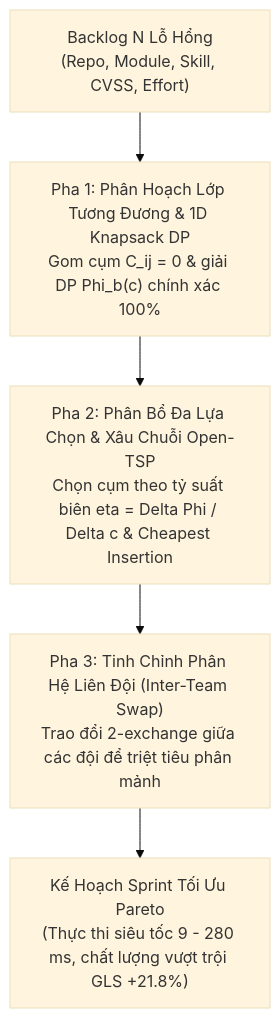
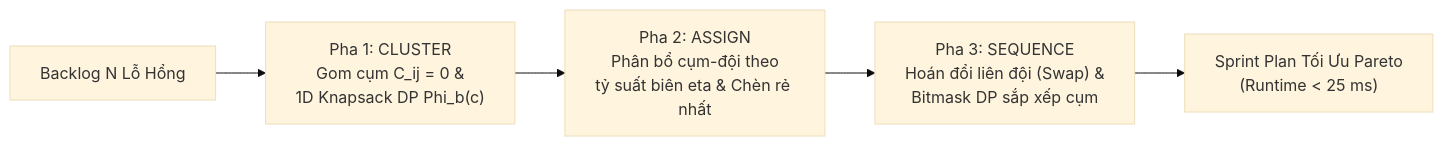
The diagram in README.md (k1b1t0/prj3-algorithm), drawn with Mermaid (base theme) before and after one commit. The commit also changed other lines of this file and 33 other files, not shown here.

````diff
--- a/README.md
+++ b/README.md
@@ -30,7 +26,7 @@
 ```mermaid
-flowchart TD
-    A["Backlog N Lỗ Hổng<br/>(Repo, Module, Skill, CVSS, Effort)"] --> B["Pha 1: Phân Hoạch Lớp Tương Đương & 1D Knapsack DP<br/>Gom cụm C_ij = 0 & giải DP Phi_b(c) chính xác 100%"]
-    B --> C["Pha 2: Phân Bổ Đa Lựa Chọn & Xâu Chuỗi Open-TSP<br/>Chọn cụm theo tỷ suất biên eta = Delta Phi / Delta c & Cheapest Insertion"]
-    C --> D["Pha 3: Tinh Chỉnh Phân Hệ Liên Đội (Inter-Team Swap)<br/>Trao đổi 2-exchange giữa các đội để triệt tiêu phân mảnh"]
-    D --> E["Kế Hoạch Sprint Tối Ưu Pareto<br/>(Thực thi siêu tốc 9 - 280 ms, chất lượng vượt trội GLS +21.8%)"]
+flowchart LR
+    A["Backlog N Lỗ Hổng"] --> B["Pha 1: CLUSTER<br/>Gom cụm C_ij = 0 &<br/>1D Knapsack DP Phi_b(c)"]
+    B --> C["Pha 2: ASSIGN<br/>Phân bổ cụm-đội theo<br/>tỷ suất biên eta & Chèn rẻ nhất"]
+    C --> D["Pha 3: SEQUENCE<br/>Hoán đổi liên đội (Swap) &<br/>Bitmask DP sắp xếp cụm"]
+    D --> E["Sprint Plan Tối Ưu Pareto<br/>(Runtime < 25 ms)"]
 ```
````
